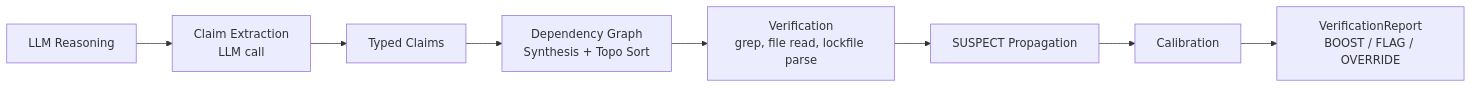
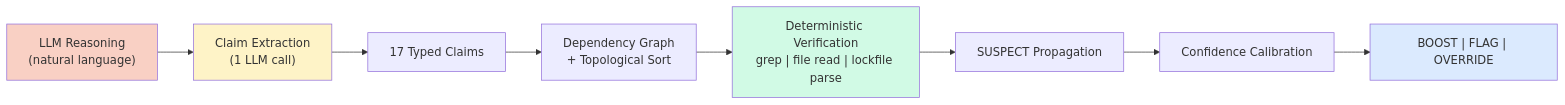
The diagram in site/docs/index.md (ugiordan/code-claim-verifier), drawn with Mermaid before and after one commit. The commit also changed other lines of this file and 1 other file, not shown here.

````diff
--- a/site/docs/index.md
+++ b/site/docs/index.md
@@ -13,10 +9,15 @@
 ```mermaid
 graph LR
-    A[LLM Reasoning] --> B[Claim Extraction<br/>LLM call]
-    B --> C[Typed Claims]
-    C --> D[Dependency Graph<br/>Synthesis + Topo Sort]
-    D --> E[Verification<br/>grep, file read, lockfile parse]
-    E --> F[SUSPECT Propagation]
-    F --> G[Calibration]
-    G --> H[VerificationReport<br/>BOOST / FLAG / OVERRIDE]
+    A["LLM Reasoning<br/>(natural language)"] --> B["Claim Extraction<br/>(1 LLM call)"]
+    B --> C["17 Typed Claims"]
+    C --> D["Dependency Graph<br/>+ Topological Sort"]
+    D --> E["Deterministic Verification<br/>grep | file read | lockfile parse"]
+    E --> F["SUSPECT Propagation"]
+    F --> G["Confidence Calibration"]
+    G --> H["BOOST | FLAG | OVERRIDE"]
+
+    style A fill:#f9d0c4
+    style B fill:#fef3c7
+    style E fill:#d1fae5
+    style H fill:#dbeafe
 ```
````
